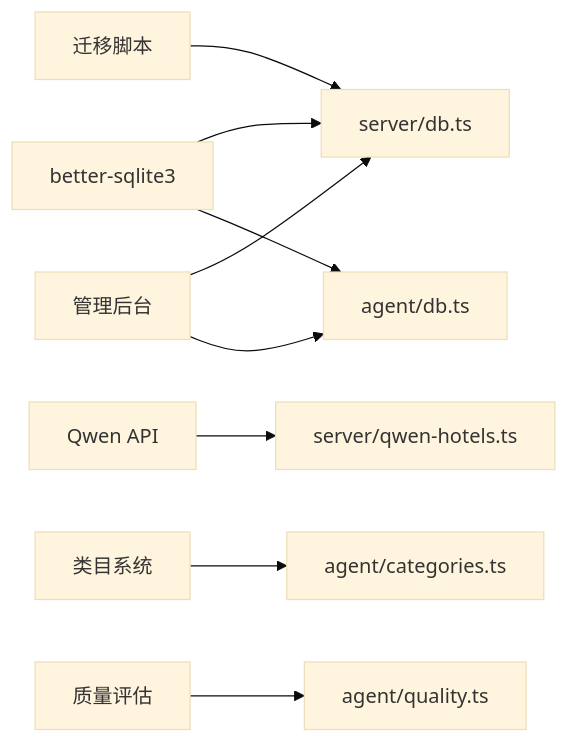
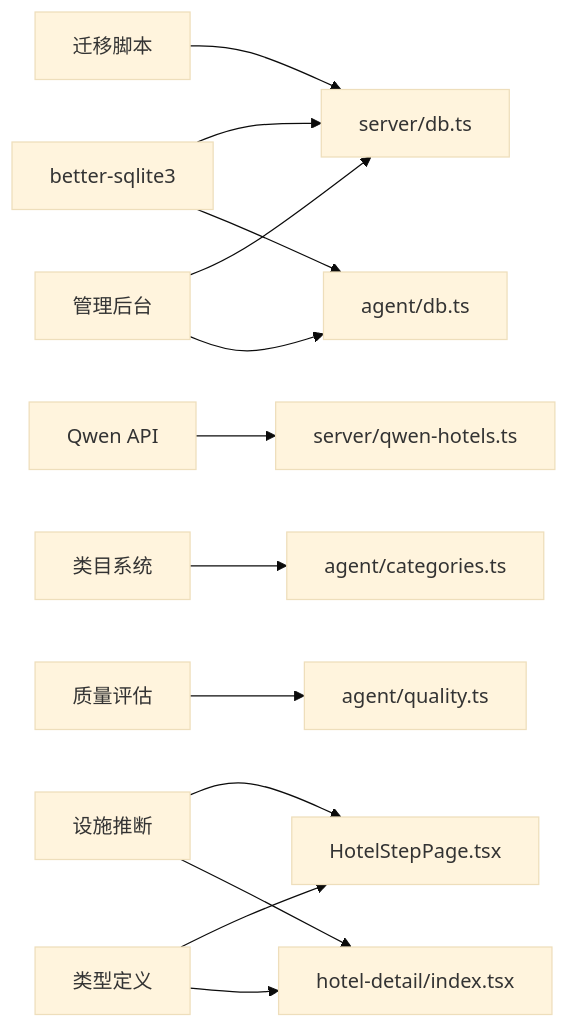
One commit to ititjjy/AITrip-plan changed diagram 14 of 14 in .qoder/repowiki/zh/content/后端API架构/数据库层设计/数据库层设计.md. Above: the diagram before and after it, drawn with Mermaid (base theme). The commit also changed other lines of this file and 28 other files, not shown here.

````diff
--- a/.qoder/repowiki/zh/content/后端API架构/数据库层设计/数据库层设计.md
+++ b/.qoder/repowiki/zh/content/后端API架构/数据库层设计/数据库层设计.md
@@ -630,11 +771,15 @@
 ```mermaid
 graph LR
 Better["better-sqlite3"] --> S_DB["server/db.ts"]
 Better --> A_DB["agent/db.ts"]
 QwenAPI["Qwen API"] --> S_Qwen["server/qwen-hotels.ts"]
 Categories["类目系统"] --> A_Categories["agent/categories.ts"]
 Quality["质量评估"] --> A_Quality["agent/quality.ts"]
 Scripts["迁移脚本"] --> S_DB
 Admin["管理后台"] --> S_DB
 Admin --> A_DB
+InferAmenities["设施推断"] --> WebHotel["HotelStepPage.tsx"]
+InferAmenities --> MiniHotel["hotel-detail/index.tsx"]
+Types["类型定义"] --> WebHotel
+Types --> MiniHotel
 ```
````
